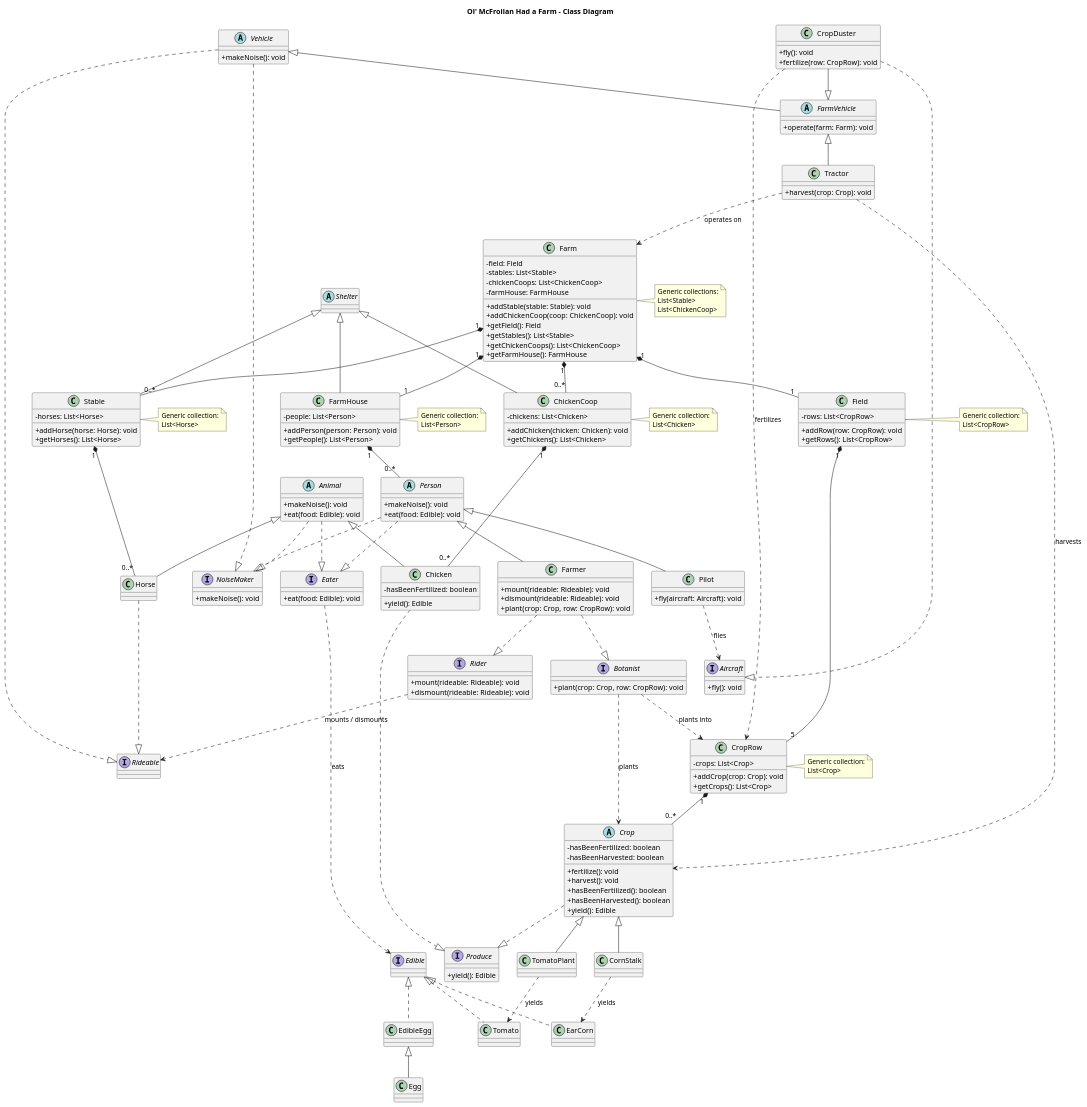
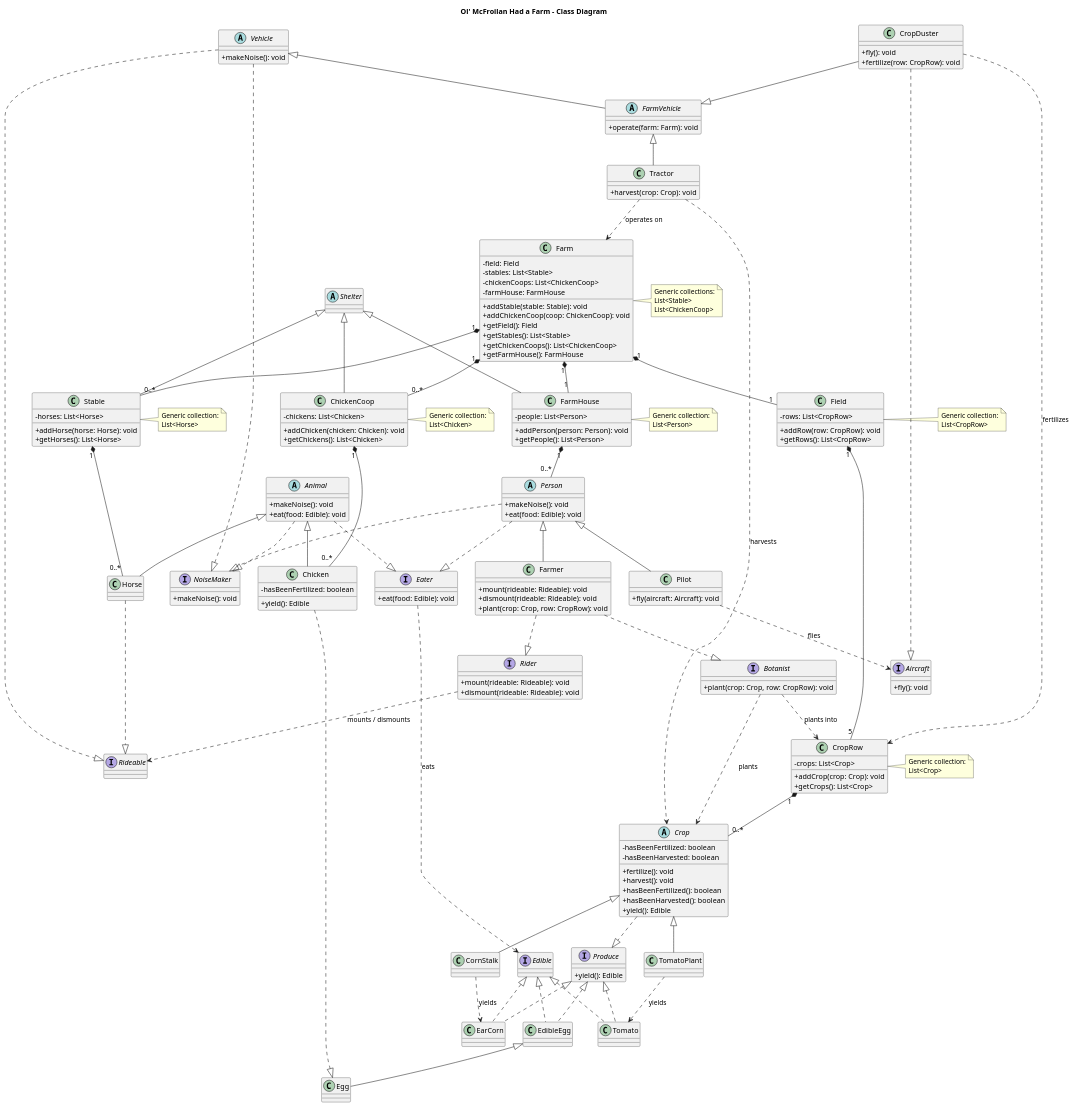
The diagram in src/docs/farmer-froilan.puml (Khiry-McDanill/Gamma-FarmerFroilan), drawn with PlantUML before and after one commit.

Commit message:
Added Scaffolding

```diff
--- a/src/docs/farmer-froilan.puml
+++ b/src/docs/farmer-froilan.puml
@@ -89,7 +89,7 @@
 Animal ..|> Eater
 
 Horse ..|> Rideable
-Chicken ..|> Produce
+Chicken ..|> Egg
 
 ' =========================================================
 ' EDIBLE TYPES
@@ -100,8 +100,11 @@
 class EarCorn
 class Tomato
 
+Produce <|..EarCorn
+Produce <|.. Tomato
+Produce <|.. EdibleEgg
+EdibleEgg <|-- Egg
 Edible <|.. EdibleEgg
-EdibleEgg <|-- Egg
 Edible <|.. EarCorn
 Edible <|.. Tomato
 
```
